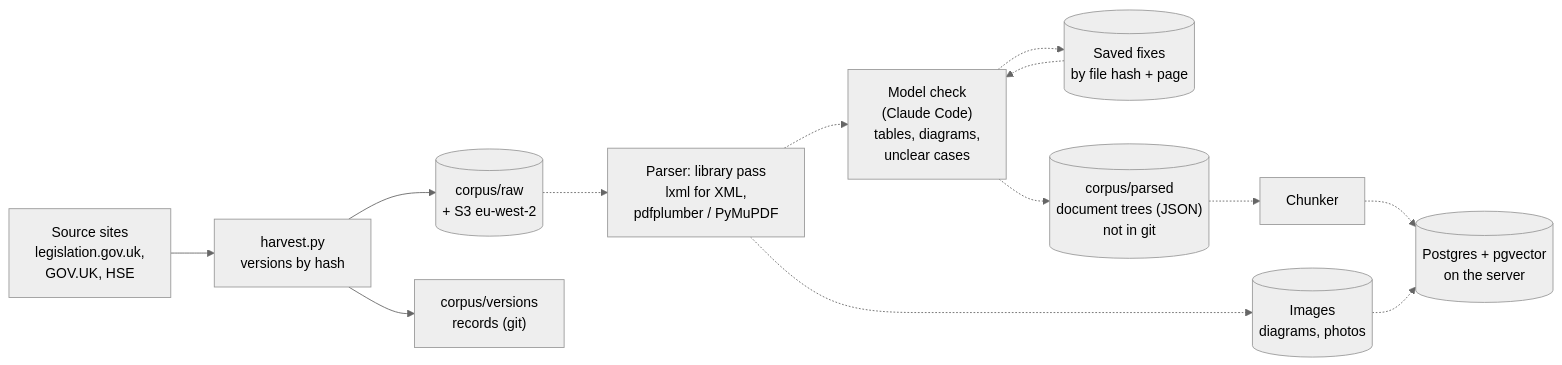
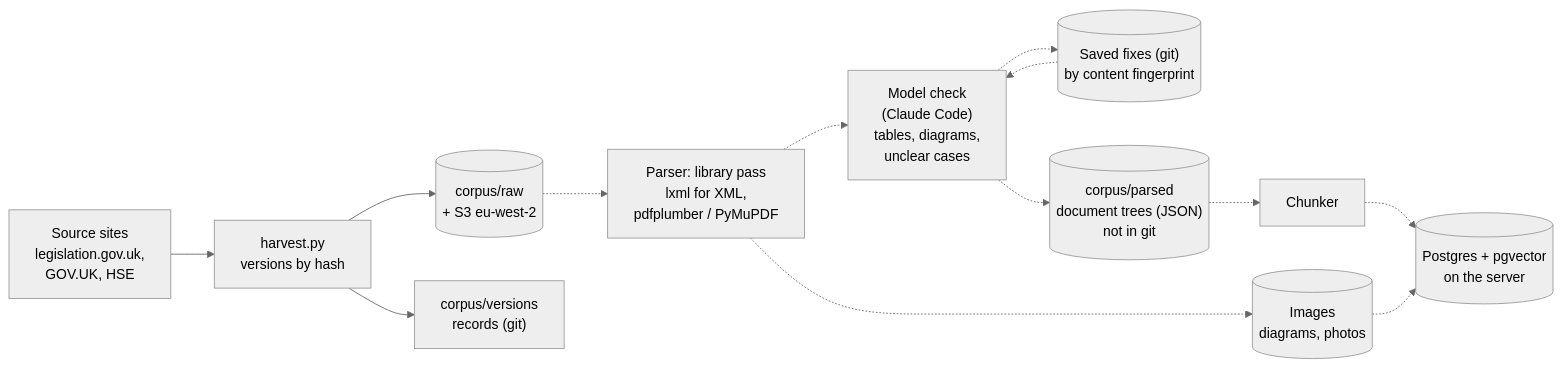
Before and after one commit to florinmarcus/builders_lab: the first of 5 diagrams in architecture/design/regulations-corpus.md, drawn with Mermaid (neutral theme). The commit also changed other lines of this file and 6 other files, not shown here.

First line of the commit message:
Saved model fixes: store, parser support, first seven fixes

````diff
--- a/architecture/design/regulations-corpus.md
+++ b/architecture/design/regulations-corpus.md
@@ -11,15 +11,15 @@
 ```mermaid
 flowchart LR
     src["Source sites<br/>legislation.gov.uk,<br/>GOV.UK, HSE"] --> harvest["harvest.py<br/>versions by hash"]
     harvest --> raw[("corpus/raw<br/>+ S3 eu-west-2")]
     harvest --> rec["corpus/versions<br/>records (git)"]
     raw -.-> lib["Parser: library pass<br/>lxml for XML,<br/>pdfplumber / PyMuPDF"]
     lib -.-> chk["Model check<br/>(Claude Code)<br/>tables, diagrams,<br/>unclear cases"]
-    fixes[("Saved fixes<br/>by file hash + page")] -.-> chk
+    fixes[("Saved fixes (git)<br/>by content fingerprint")] -.-> chk
     chk -.-> fixes
     chk -.-> tree[("corpus/parsed<br/>document trees (JSON)<br/>not in git")]
     lib -.-> img[("Images<br/>diagrams, photos")]
     tree -.-> chunk["Chunker"]
     chunk -.-> pg[("Postgres + pgvector<br/>on the server")]
     img -.-> pg
 ```
````
